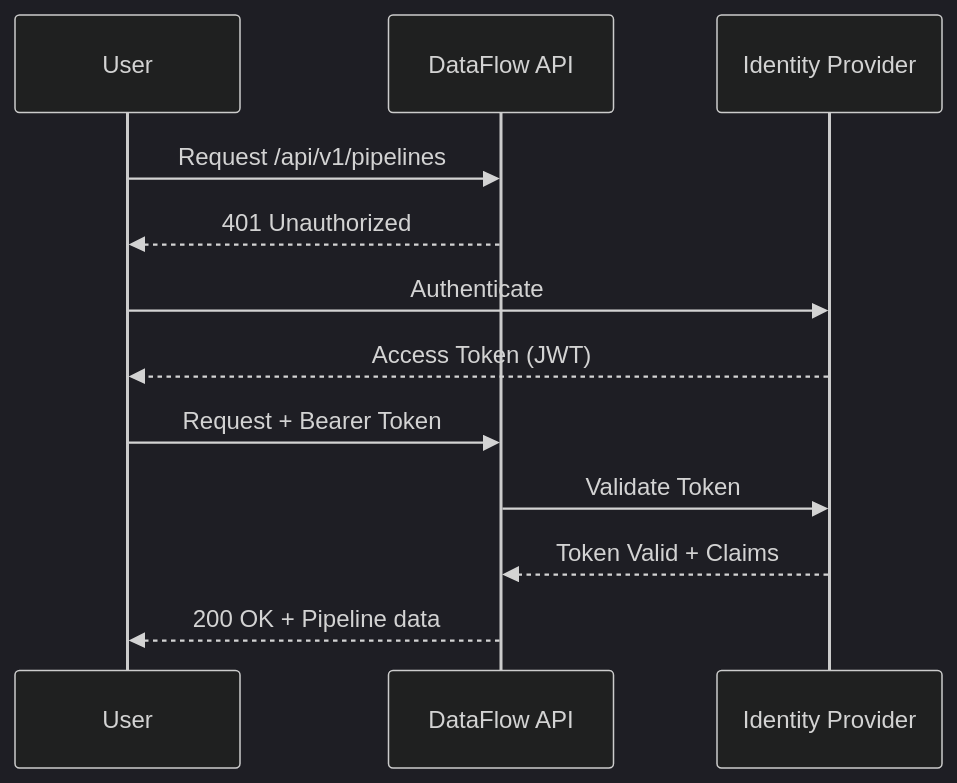
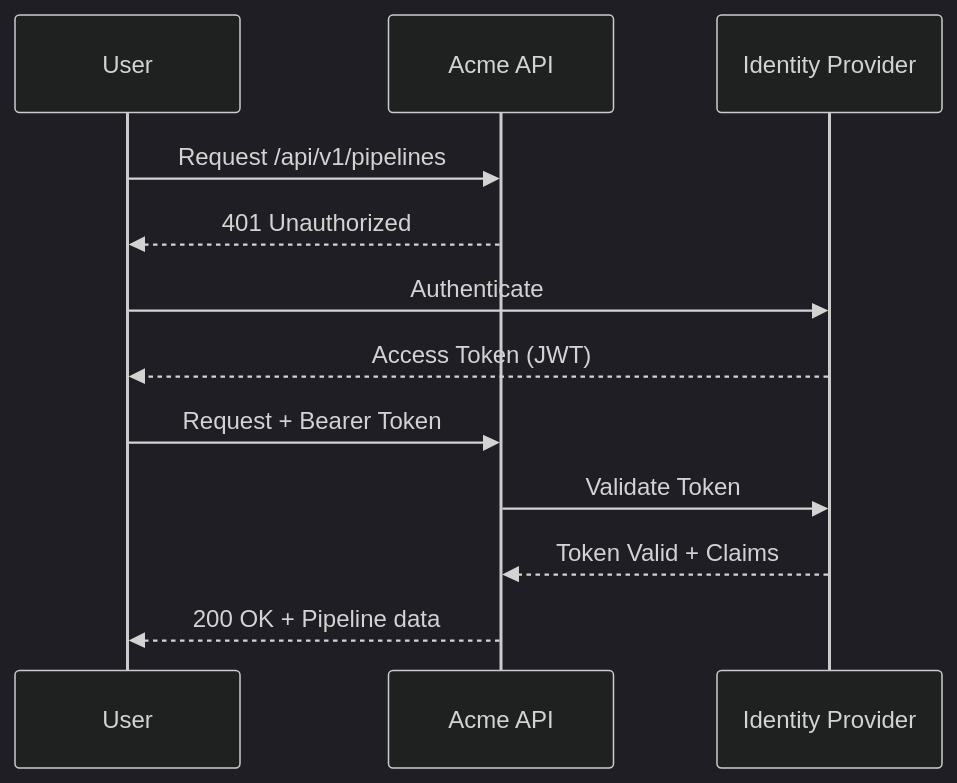
The diagram in guides/authentication.md (acme-saas/docs), drawn with Mermaid (dark theme) before and after one commit. The commit also changed other lines of this file and 32 other files, not shown here.

````diff
--- a/guides/authentication.md
+++ b/guides/authentication.md
@@ -76,15 +77,15 @@
 ```mermaid
 sequenceDiagram
     participant U as User
-    participant DF as DataFlow API
+    participant DF as Acme API
     participant IDP as Identity Provider
 
     U->>DF: Request /api/v1/pipelines
     DF-->>U: 401 Unauthorized
     U->>IDP: Authenticate
     IDP-->>U: Access Token (JWT)
     U->>DF: Request + Bearer Token
     DF->>IDP: Validate Token
     IDP-->>DF: Token Valid + Claims
     DF-->>U: 200 OK + Pipeline data
 ```
````
